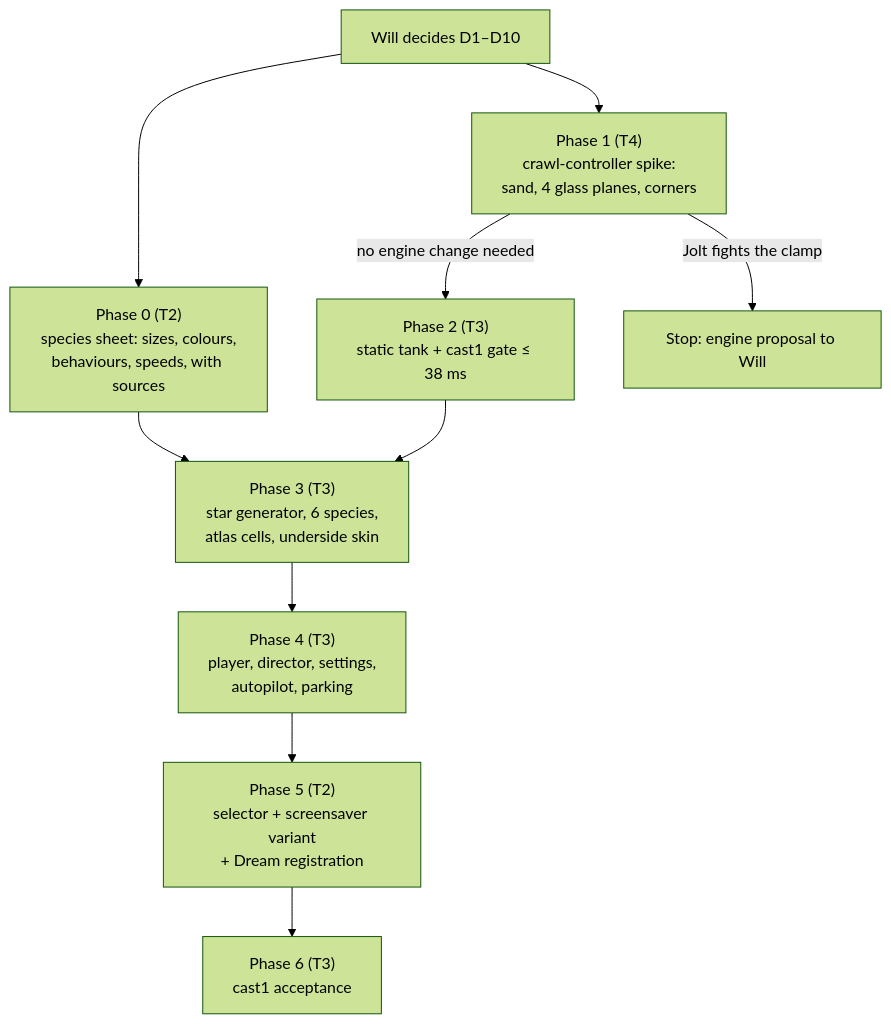
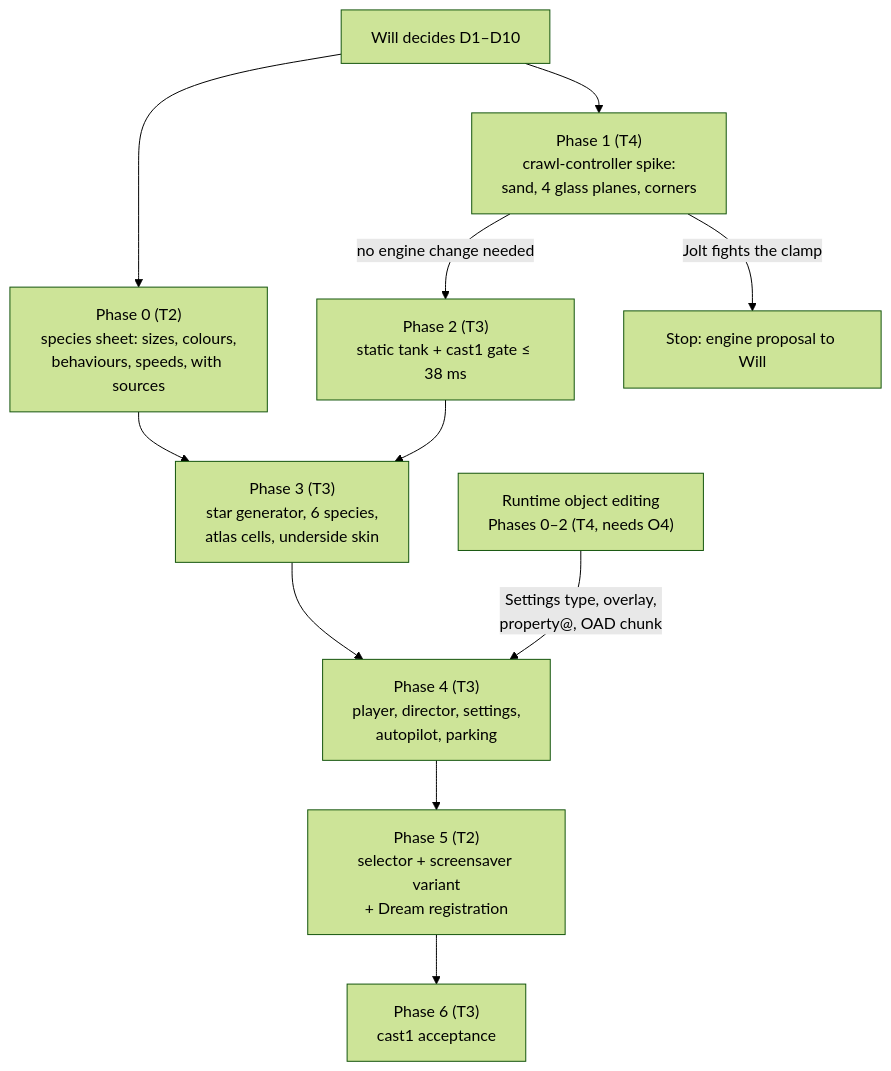
Before and after one commit to wbniv/WorldFoundry: the eighth of 9 diagrams in docs/plans/2026-11-10-starfish-tank.md, drawn with Mermaid (forest theme). The commit also changed other lines of this file and 9 other files, not shown here.

First line of the commit message:
Unpark runtime object editing; Sea Stars settings become an OAS object

````diff
--- a/docs/plans/2026-11-10-starfish-tank.md
+++ b/docs/plans/2026-11-10-starfish-tank.md
@@ -283,12 +287,13 @@
 ```mermaid
 flowchart TD
     D["Will decides D1–D10"] --> P0["Phase 0 (T2)<br/>species sheet: sizes, colours,<br/>behaviours, speeds, with sources"]
     D --> P1["Phase 1 (T4)<br/>crawl-controller spike:<br/>sand, 4 glass planes, corners"]
     P1 -->|"no engine change needed"| P2["Phase 2 (T3)<br/>static tank + cast1 gate ≤ 38 ms"]
     P1 -->|"Jolt fights the clamp"| EP["Stop: engine proposal to Will"]
     P0 --> P3["Phase 3 (T3)<br/>star generator, 6 species,<br/>atlas cells, underside skin"]
     P2 --> P3
     P3 --> P4["Phase 4 (T3)<br/>player, director, settings,<br/>autopilot, parking"]
+    ROE["Runtime object editing<br/>Phases 0–2 (T4, needs O4)"] -->|"Settings type, overlay,<br/>property@, OAD chunk"| P4
     P4 --> P5["Phase 5 (T2)<br/>selector + screensaver variant<br/>+ Dream registration"]
     P5 --> P6["Phase 6 (T3)<br/>cast1 acceptance"]
 ```
````
